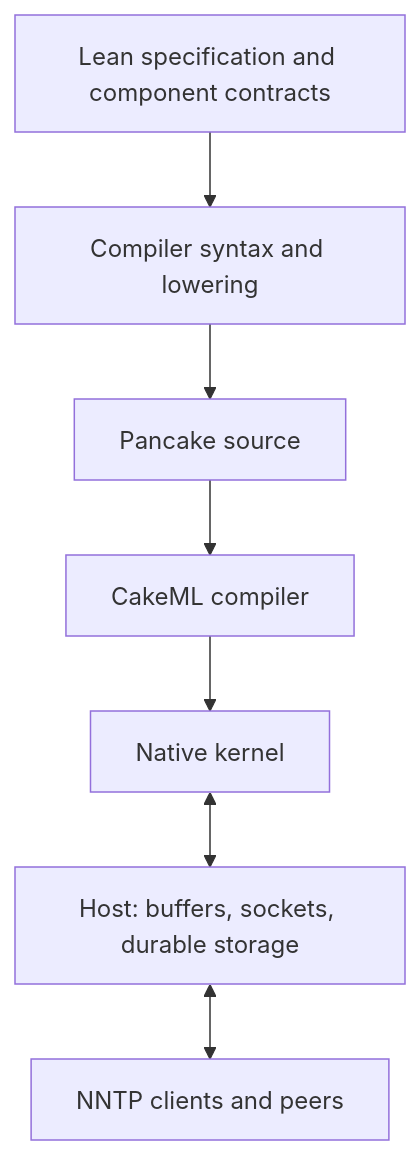
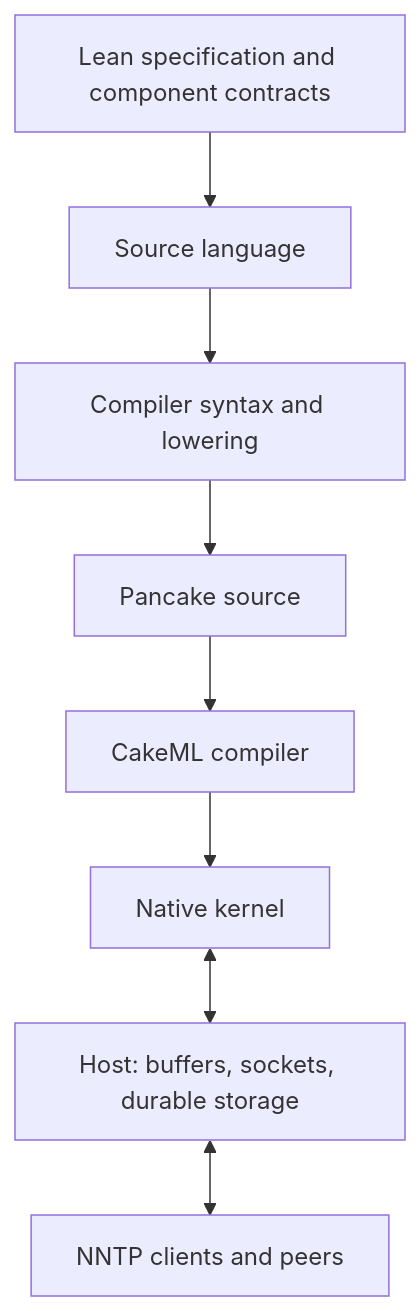
One commit to emberian/dragons-net changed the diagram in docs/architecture.md. Above: the diagram before and after it, drawn with Mermaid. The commit also changed other lines of this file and 17 other files, not shown here.

````diff
--- a/docs/architecture.md
+++ b/docs/architecture.md
@@ -5,9 +5,10 @@
 ```mermaid
 flowchart TD
-    A[Lean specification and component contracts] --> B[Compiler syntax and lowering]
+    A[Lean specification and component contracts] --> S[Source language]
+    S --> B[Compiler syntax and lowering]
     B --> C[Pancake source]
     C --> D[CakeML compiler]
     D --> E[Native kernel]
     E <--> F[Host: buffers, sockets, durable storage]
     F <--> G[NNTP clients and peers]
 ```
````
